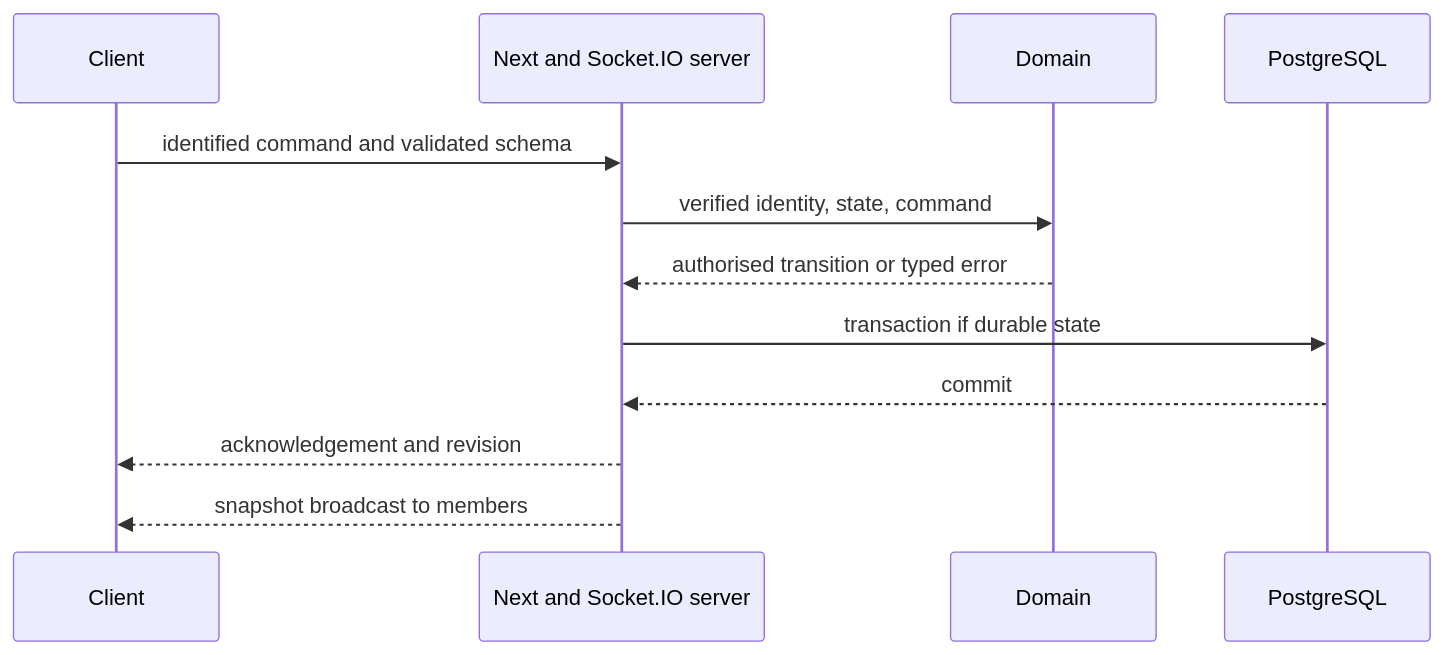
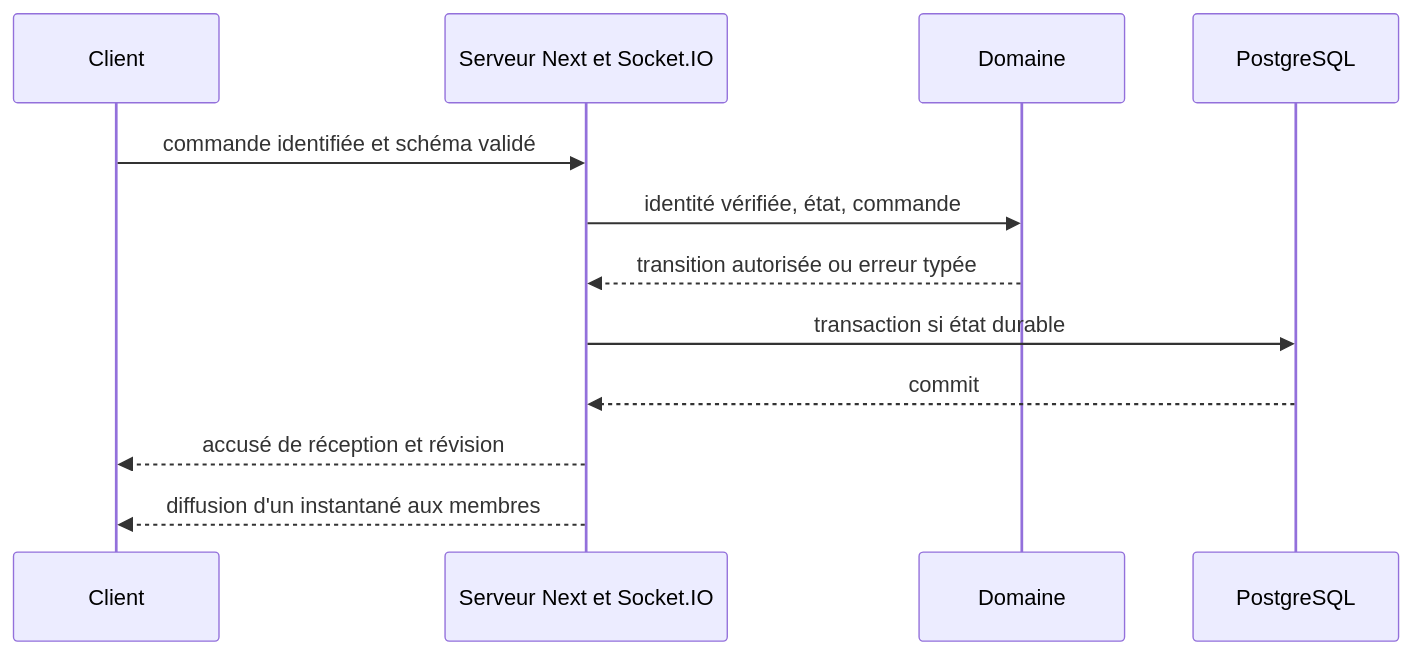
The fourth of 4 diagrams in docs/ARCHITECTURE.md (PhilJordan18/incision), drawn with Mermaid before and after one commit. The commit also changed other lines of this file and 8 other files, not shown here.

````diff
--- a/docs/ARCHITECTURE.md
+++ b/docs/ARCHITECTURE.md
@@ -114,14 +114,14 @@
 ```mermaid
 sequenceDiagram
   participant C as Client
-  participant S as Next and Socket.IO server
-  participant D as Domain
+  participant S as Serveur Next et Socket.IO
+  participant D as Domaine
   participant P as PostgreSQL
-  C->>S: identified command and validated schema
-  S->>D: verified identity, state, command
-  D-->>S: authorised transition or typed error
-  S->>P: transaction if durable state
+  C->>S: commande identifiée et schéma validé
+  S->>D: identité vérifiée, état, commande
+  D-->>S: transition autorisée ou erreur typée
+  S->>P: transaction si état durable
   P-->>S: commit
-  S-->>C: acknowledgement and revision
-  S-->>C: snapshot broadcast to members
+  S-->>C: accusé de réception et révision
+  S-->>C: diffusion d'un instantané aux membres
 ```
````
